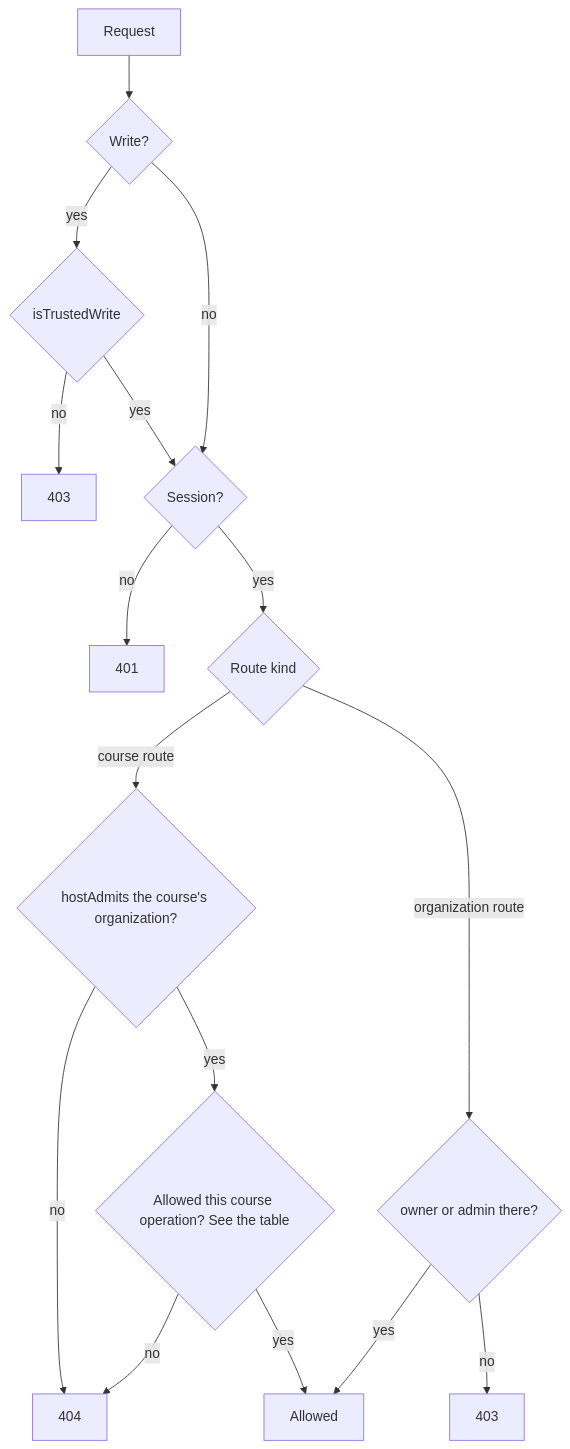
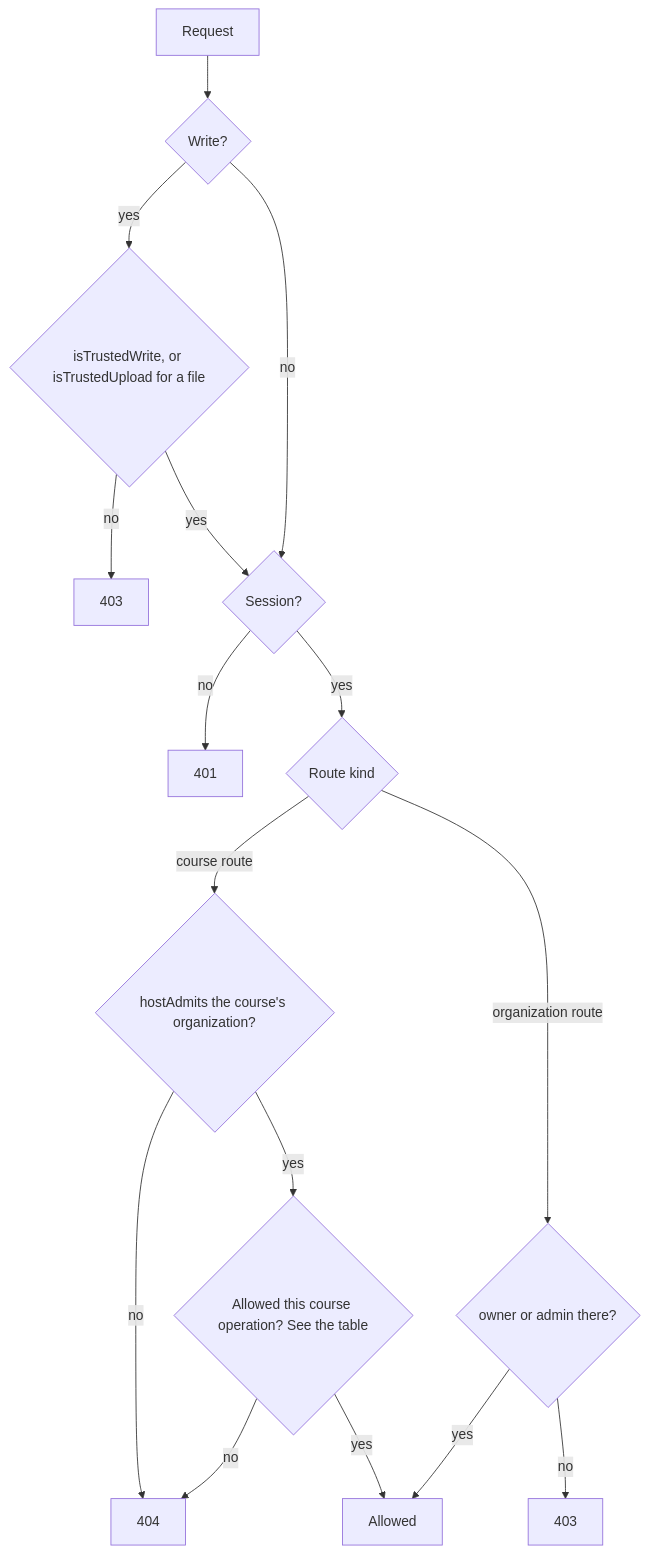
Before and after one commit to braivo/braivo: the diagram in docs/specs/access.md, drawn with Mermaid. The commit also changed other lines of this file and 1 other file, not shown here.

First line of the commit message:
docs(access): match the spec to mail, handoff, and upload checks (#86)

````diff
--- a/docs/specs/access.md
+++ b/docs/specs/access.md
@@ -44,18 +44,18 @@
 ```mermaid
 flowchart TD
   R[Request] --> W{Write?}
-  W -- yes --> T{isTrustedWrite}
+  W -- yes --> T{isTrustedWrite, or isTrustedUpload for a file}
   T -- no --> F403[403]
   T -- yes --> S
   W -- no --> S{Session?}
   S -- no --> F401[401]
   S -- yes --> K{Route kind}
   K -- course route --> H{hostAdmits the course's organization?}
   H -- no --> N404[404]
   H -- yes --> M{Allowed this course operation? See the table}
   M -- no --> N404
   M -- yes --> OK[Allowed]
   K -- organization route --> A{owner or admin there?}
   A -- no --> D[403]
   A -- yes --> OK
 ```
````
